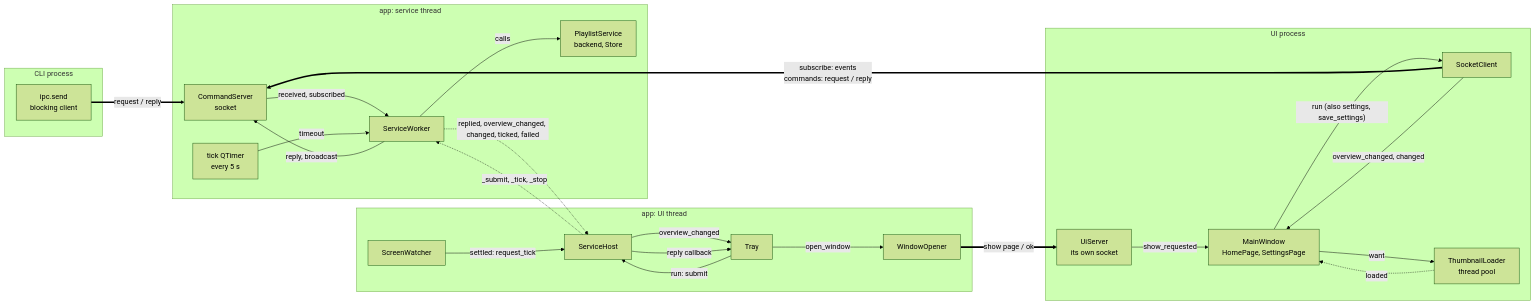
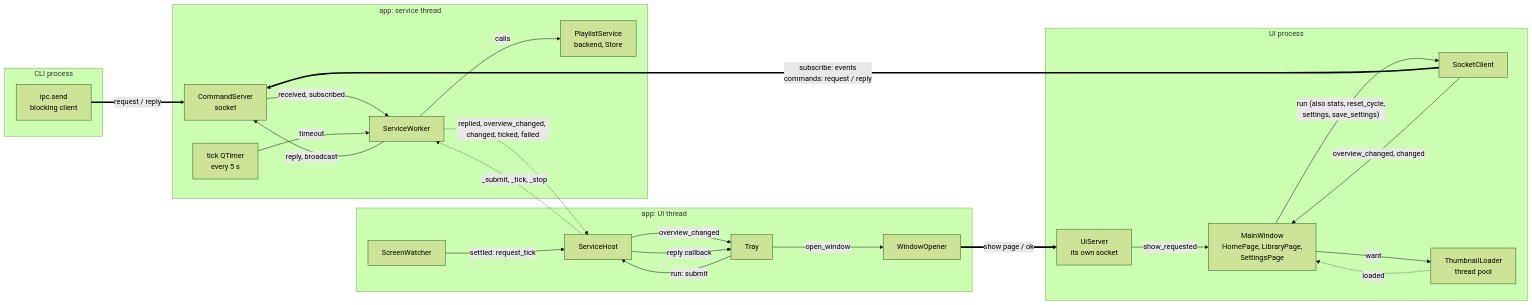
The first of 8 diagrams in docs/app-wiring.md (cheshire0xff/wallpaper_py), drawn with Mermaid (forest theme) before and after one commit. The commit also changed other lines of this file and 32 other files, not shown here.

First line of the commit message:
Phase 5 step 1: Library Overview (stats, reset_cycle)

````diff
--- a/docs/app-wiring.md
+++ b/docs/app-wiring.md
@@ -43,44 +43,44 @@
 ```mermaid
 flowchart LR
     subgraph CLI["CLI process"]
         send["ipc.send<br/>blocking client"]
     end
     subgraph UIP["UI process"]
         uiserver["UiServer<br/>its own socket"]
         client["SocketClient"]
-        windows["MainWindow<br/>HomePage, SettingsPage"]
+        windows["MainWindow<br/>HomePage, LibraryPage,<br/>SettingsPage"]
         thumbs["ThumbnailLoader<br/>thread pool"]
     end
     subgraph UI["app: UI thread"]
         tray["Tray"]
         opener["WindowOpener"]
         screens["ScreenWatcher"]
         host["ServiceHost"]
     end
     subgraph SVC["app: service thread"]
         server["CommandServer<br/>socket"]
         timer["tick QTimer<br/>every 5 s"]
         worker["ServiceWorker"]
         service["PlaylistService<br/>backend, Store"]
     end
 
     send ==>|"request / reply"| server
     client ==>|"subscribe: events<br/>commands: request / reply"| server
     opener ==>|"show page / ok"| uiserver
     uiserver -->|"show_requested"| windows
     client -->|"overview_changed, changed"| windows
-    windows -->|"run (also settings, save_settings)"| client
+    windows -->|"run (also stats, reset_cycle,<br/>settings, save_settings)"| client
     windows -->|"want"| thumbs
     thumbs -.->|"loaded"| windows
     server -->|"received, subscribed"| worker
     worker -->|"reply, broadcast"| server
     tray -->|"open_window"| opener
     tray -->|"run: submit"| host
     screens -->|"settled: request_tick"| host
     host -.->|"_submit, _tick, _stop"| worker
     timer -->|"timeout"| worker
     worker -->|"calls"| service
     worker -.->|"replied, overview_changed, changed, ticked, failed"| host
     host -->|"overview_changed"| tray
     host -->|"reply callback"| tray
 ```
````
